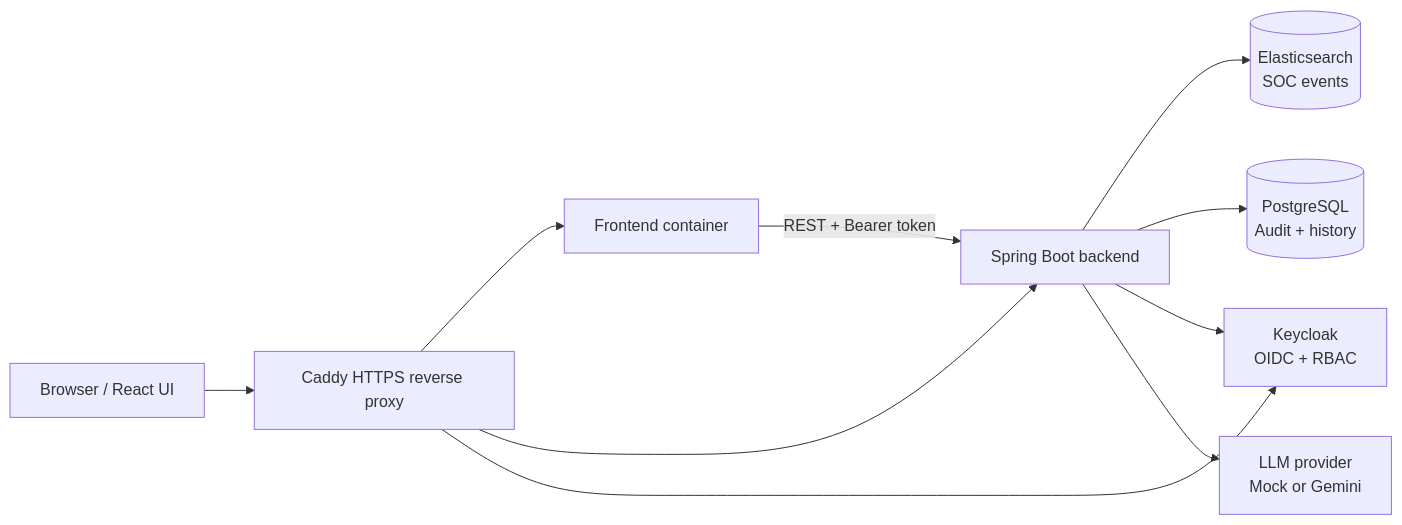
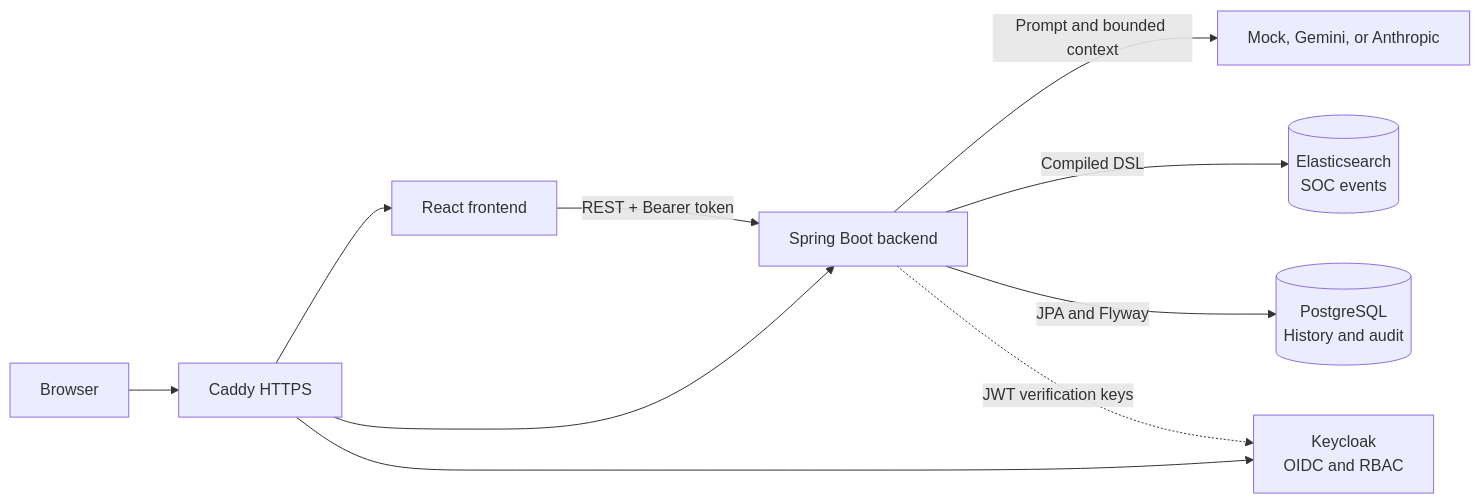
Before and after one commit to PhamVanMinhBinhThuan/soc-ai-search: the diagram in README.md, drawn with Mermaid. The commit also changed other lines of this file and 11 other files, not shown here.

````diff
--- a/README.md
+++ b/README.md
@@ -56,21 +37,21 @@
 ```mermaid
 flowchart LR
-    Browser["Browser / React UI"]
-    Caddy["Caddy HTTPS reverse proxy"]
-    FE["Frontend container"]
-    BE["Spring Boot backend"]
-    ES[("Elasticsearch\nSOC events")]
-    PG[("PostgreSQL\nAudit + history")]
-    KC["Keycloak\nOIDC + RBAC"]
-    LLM["LLM provider\nMock or Gemini"]
+    User[Browser]
+    Proxy[Caddy HTTPS]
+    Frontend[React frontend]
+    Backend[Spring Boot backend]
+    LLM[Mock, Gemini, or Anthropic]
+    ES[(Elasticsearch\nSOC events)]
+    PG[(PostgreSQL\nHistory and audit)]
+    KC[Keycloak\nOIDC and RBAC]
 
-    Browser --> Caddy
-    Caddy --> FE
-    Caddy --> BE
-    Caddy --> KC
-    FE -->|REST + Bearer token| BE
-    BE --> ES
-    BE --> PG
-    BE --> KC
-    BE --> LLM
+    User --> Proxy
+    Proxy --> Frontend
+    Proxy --> Backend
+    Proxy --> KC
+    Frontend -->|REST + Bearer token| Backend
+    Backend -->|Prompt and bounded context| LLM
+    Backend -->|Compiled DSL| ES
+    Backend -->|JPA and Flyway| PG
+    Backend -.->|JWT verification keys| KC
 ```
````
